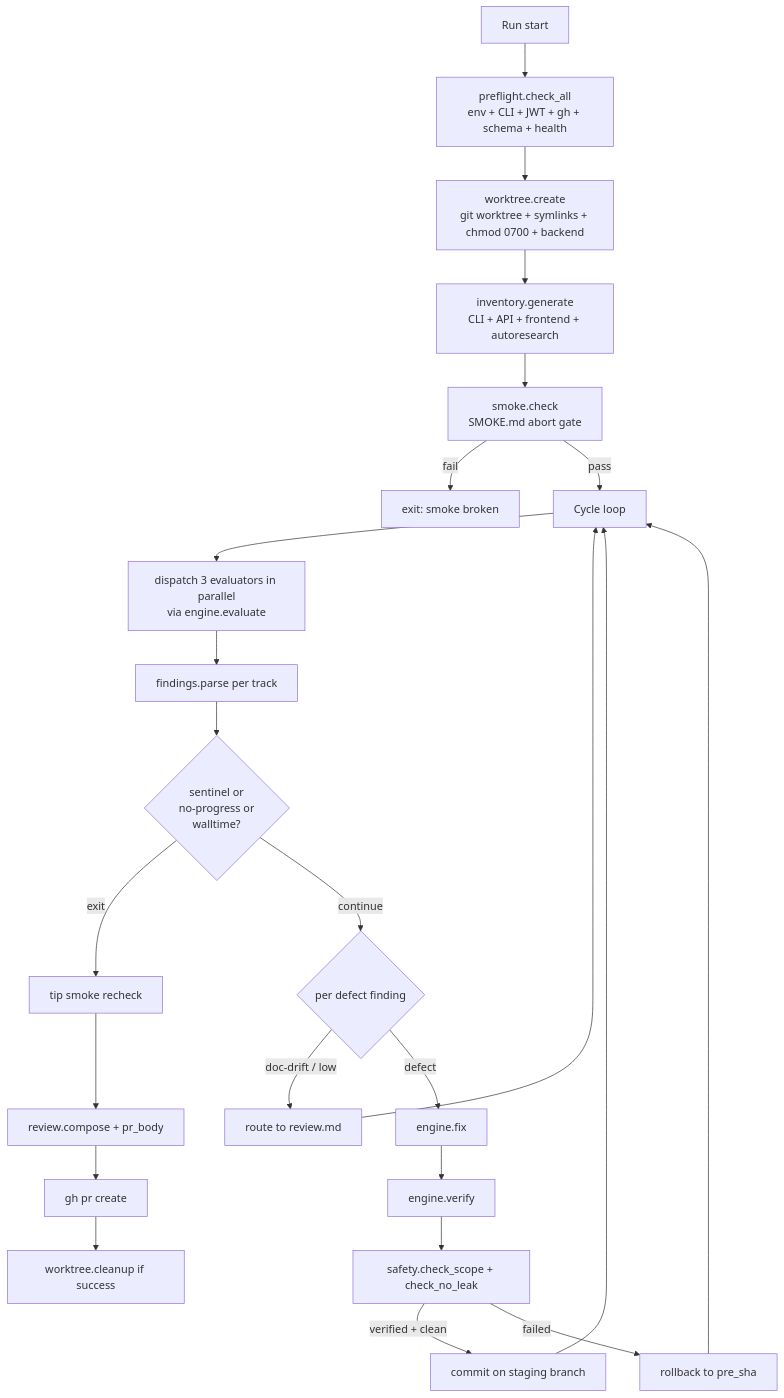
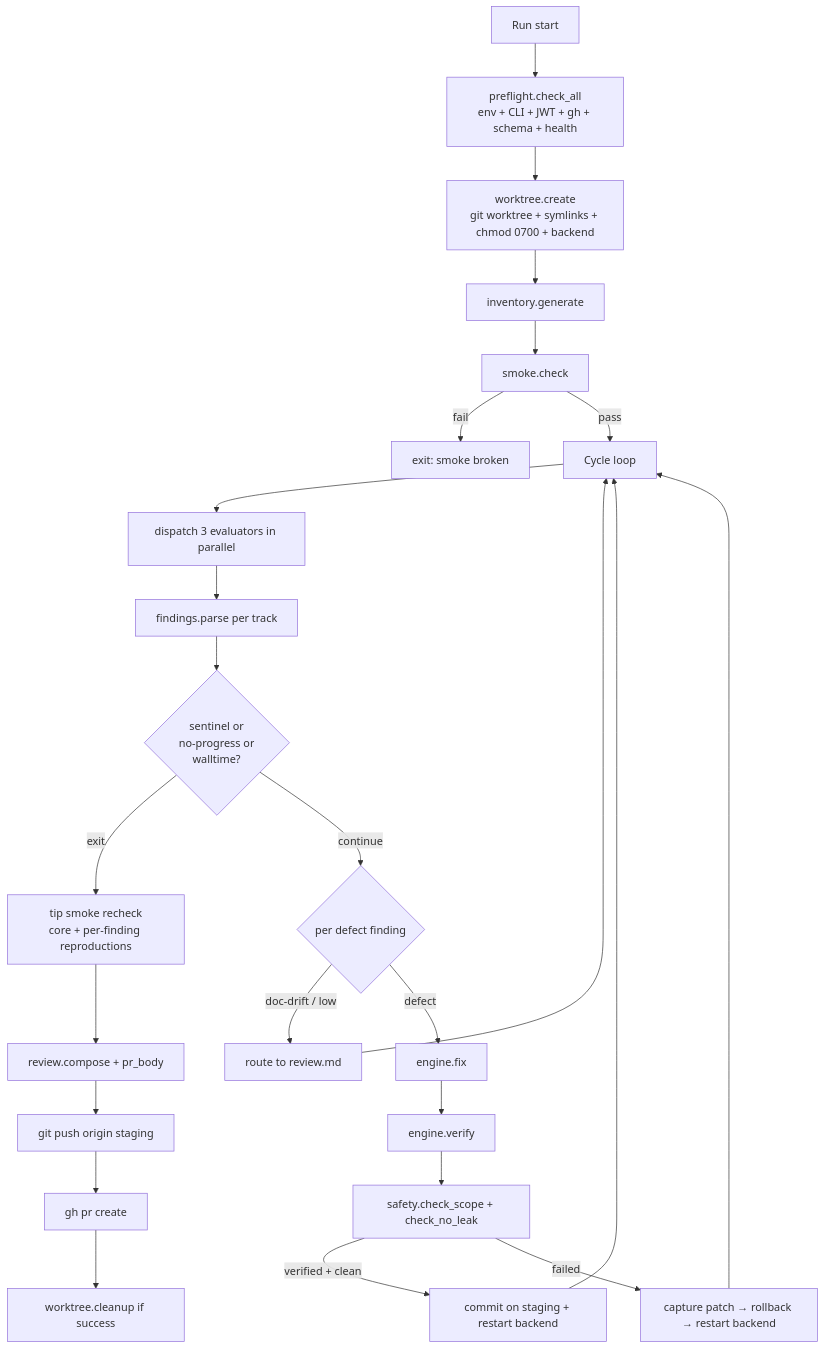
One commit to jryszardnoszczyk/gofreddy changed the diagram in docs/plans/2026-04-21-001-feat-harness-greenfield-rewrite-plan.md. Above: the diagram before and after it, drawn with Mermaid. The commit also changed other lines of this file, not shown here.

````diff
--- a/docs/plans/2026-04-21-001-feat-harness-greenfield-rewrite-plan.md
+++ b/docs/plans/2026-04-21-001-feat-harness-greenfield-rewrite-plan.md
@@ -186,26 +107,27 @@
 ```mermaid
 flowchart TD
     A[Run start] --> B[preflight.check_all<br/>env + CLI + JWT + gh + schema + health]
     B --> C[worktree.create<br/>git worktree + symlinks + chmod 0700 + backend]
-    C --> D[inventory.generate<br/>CLI + API + frontend + autoresearch]
-    D --> E[smoke.check<br/>SMOKE.md abort gate]
+    C --> D[inventory.generate]
+    D --> E[smoke.check]
     E -->|fail| X[exit: smoke broken]
     E -->|pass| F[Cycle loop]
-    F --> G[dispatch 3 evaluators in parallel<br/>via engine.evaluate]
+    F --> G[dispatch 3 evaluators in parallel]
     G --> H[findings.parse per track]
     H --> I{sentinel or<br/>no-progress or<br/>walltime?}
     I -->|exit| P
     I -->|continue| J{per defect finding}
     J -->|doc-drift / low| R[route to review.md]
     J -->|defect| K[engine.fix]
     K --> L[engine.verify]
     L --> M[safety.check_scope + check_no_leak]
-    M -->|verified + clean| N[commit on staging branch]
-    M -->|failed| O[rollback to pre_sha]
+    M -->|verified + clean| N[commit on staging + restart backend]
+    M -->|failed| O[capture patch → rollback → restart backend]
     N --> F
     O --> F
     R --> F
-    P[tip smoke recheck] --> Q[review.compose + pr_body]
-    Q --> S[gh pr create]
+    P[tip smoke recheck<br/>core + per-finding reproductions] --> Q[review.compose + pr_body]
+    Q --> SP[git push origin staging]
+    SP --> S[gh pr create]
     S --> Z[worktree.cleanup if success]
 ```
````
